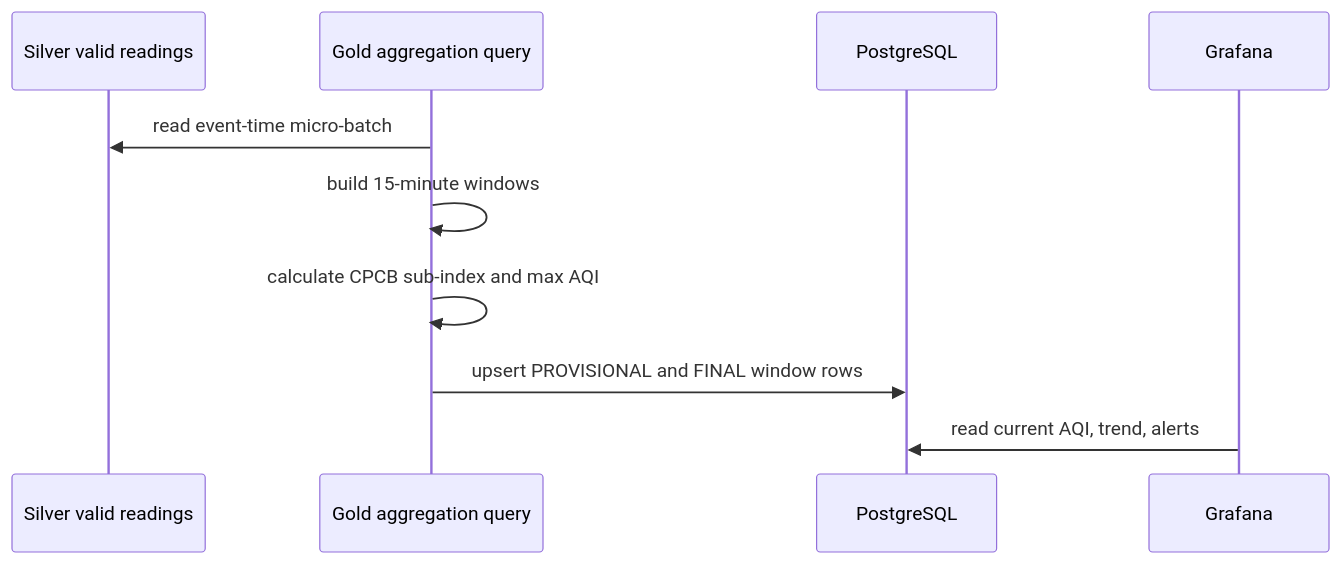
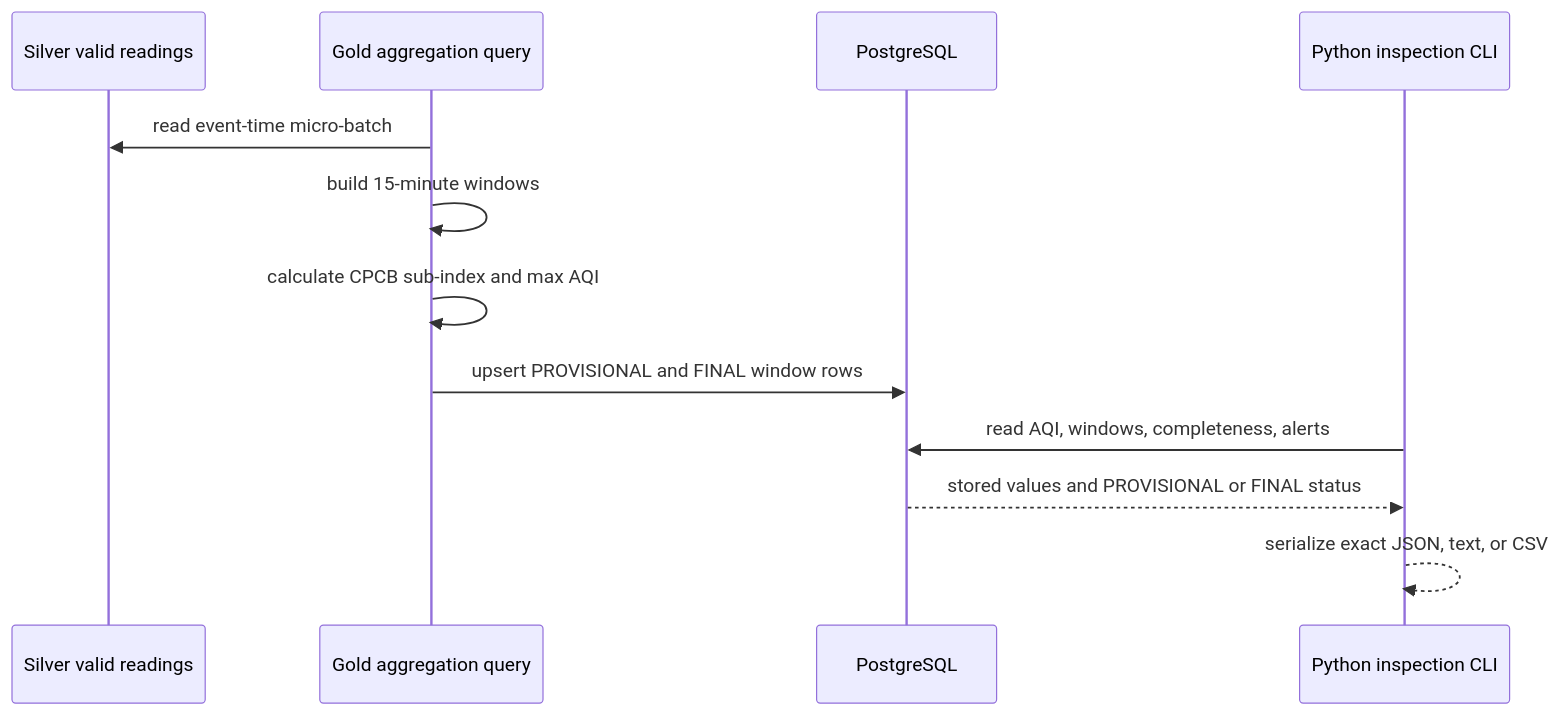
Before and after one commit to sukurcf/spec-vayustream-air-quality-pipeline: the fifth of 7 diagrams in docs/05-system-architecture.md, drawn with Mermaid. The commit also changed other lines of this file and 14 other files, not shown here.

````diff
--- a/docs/05-system-architecture.md
+++ b/docs/05-system-architecture.md
@@ -91,12 +90,14 @@
 ```mermaid
 sequenceDiagram
   participant Silver as Silver valid readings
   participant Gold as Gold aggregation query
   participant PG as PostgreSQL
-  participant Grafana as Grafana
+  participant CLI as Python inspection CLI
   Gold->>Silver: read event-time micro-batch
   Gold->>Gold: build 15-minute windows
   Gold->>Gold: calculate CPCB sub-index and max AQI
   Gold->>PG: upsert PROVISIONAL and FINAL window rows
-  Grafana->>PG: read current AQI, trend, alerts
+  CLI->>PG: read AQI, windows, completeness, alerts
+  PG-->>CLI: stored values and PROVISIONAL or FINAL status
+  CLI-->>CLI: serialize exact JSON, text, or CSV
 ```
````
